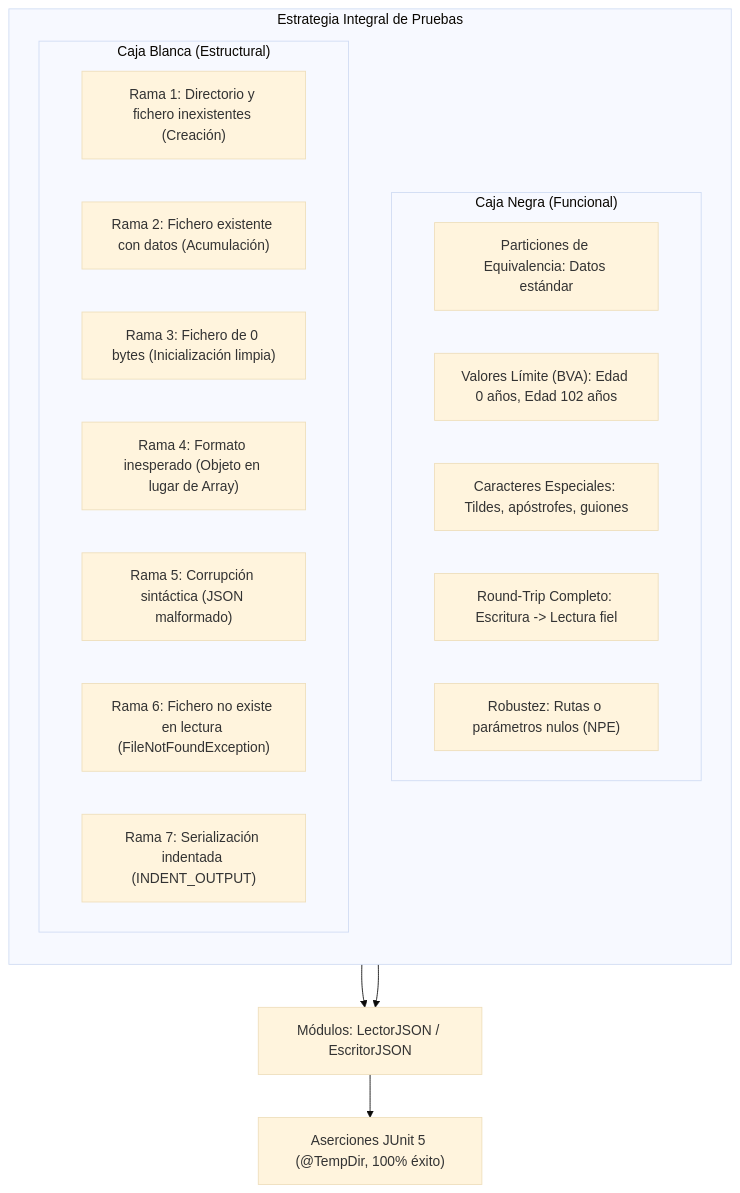
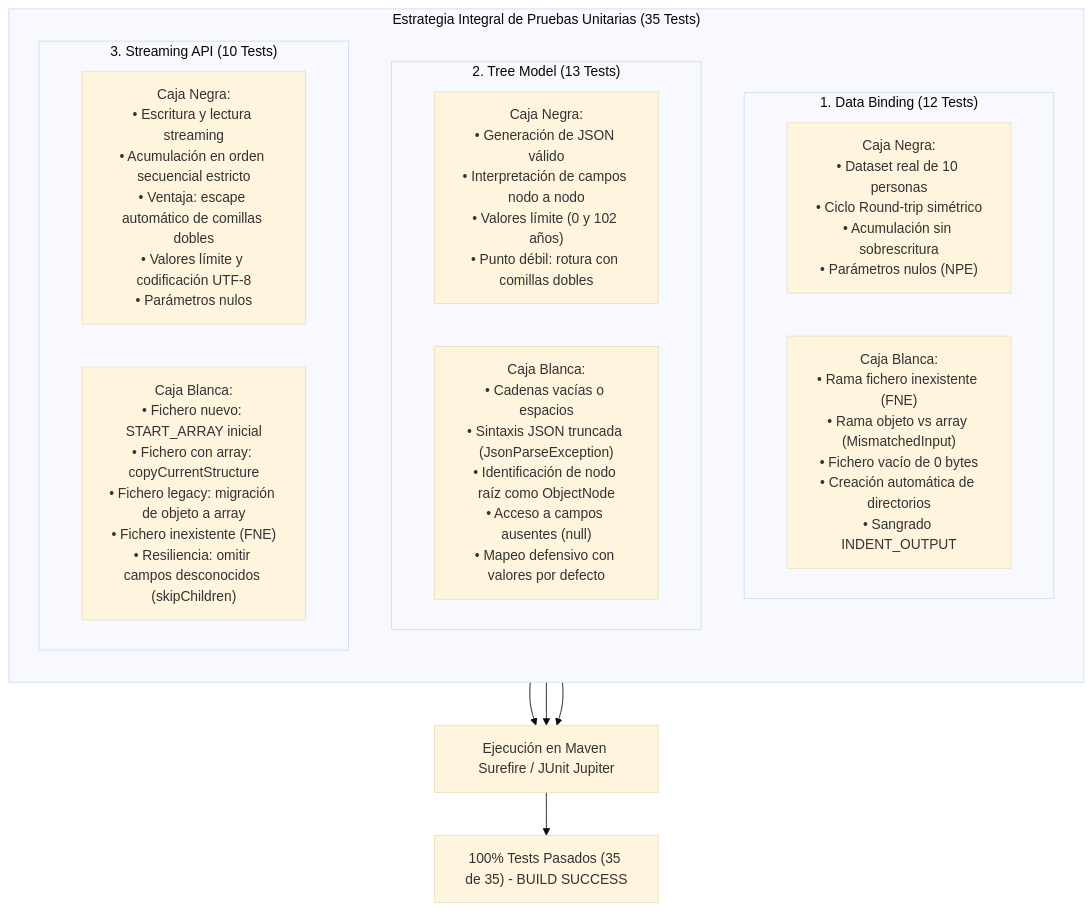
Before and after one commit to EduardoCruzmunioz/JacksonInvestigacion: the diagram in docs/pruebas_unitarias_caja_blanca_caja_negra.md, drawn with Mermaid (base theme). The commit also changed other lines of this file and 5 other files, not shown here.

Commit message:
test: anadir pruebas unitarias de caja blanca y caja negra para jsontiempreal y jacksonstreaming

````diff
--- a/docs/pruebas_unitarias_caja_blanca_caja_negra.md
+++ b/docs/pruebas_unitarias_caja_blanca_caja_negra.md
@@ -30,28 +31,26 @@
 ```mermaid
 flowchart TD
-    subgraph PlanDePruebas["Estrategia Integral de Pruebas"]
+    subgraph PlanGlobal["Estrategia Integral de Pruebas Unitarias (35 Tests)"]
         direction TB
 
-        subgraph CajaNegra["Caja Negra (Funcional)"]
-            CN1["Particiones de Equivalencia: Datos estándar"]
-            CN2["Valores Límite (BVA): Edad 0 años, Edad 102 años"]
-            CN3["Caracteres Especiales: Tildes, apóstrofes, guiones"]
-            CN4["Round-Trip Completo: Escritura -> Lectura fiel"]
-            CN5["Robustez: Rutas o parámetros nulos (NPE)"]
+        subgraph DataBindingTests["1. Data Binding (12 Tests)"]
+            DB_CN["Caja Negra:<br>• Dataset real de 10 personas<br>• Ciclo Round-trip simétrico<br>• Acumulación sin sobrescritura<br>• Parámetros nulos (NPE)"]
+            DB_CB["Caja Blanca:<br>• Rama fichero inexistente (FNE)<br>• Rama objeto vs array (MismatchedInput)<br>• Fichero vacío de 0 bytes<br>• Creación automática de directorios<br>• Sangrado INDENT_OUTPUT"]
         end
 
-        subgraph CajaBlanca["Caja Blanca (Estructural)"]
-            CB1["Rama 1: Directorio y fichero inexistentes (Creación)"]
-            CB2["Rama 2: Fichero existente con datos (Acumulación)"]
-            CB3["Rama 3: Fichero de 0 bytes (Inicialización limpia)"]
-            CB4["Rama 4: Formato inesperado (Objeto en lugar de Array)"]
-            CB5["Rama 5: Corrupción sintáctica (JSON malformado)"]
-            CB6["Rama 6: Fichero no existe en lectura (FileNotFoundException)"]
-            CB7["Rama 7: Serialización indentada (INDENT_OUTPUT)"]
+        subgraph TreeModelTests["2. Tree Model (13 Tests)"]
+            TM_CN["Caja Negra:<br>• Generación de JSON válido<br>• Interpretación de campos nodo a nodo<br>• Valores límite (0 y 102 años)<br>• Punto débil: rotura con comillas dobles"]
+            TM_CB["Caja Blanca:<br>• Cadenas vacías o espacios<br>• Sintaxis JSON truncada (JsonParseException)<br>• Identificación de nodo raíz como ObjectNode<br>• Acceso a campos ausentes (null)<br>• Mapeo defensivo con valores por defecto"]
+        end
+
+        subgraph StreamingTests["3. Streaming API (10 Tests)"]
+            ST_CN["Caja Negra:<br>• Escritura y lectura streaming<br>• Acumulación en orden secuencial estricto<br>• Ventaja: escape automático de comillas dobles<br>• Valores límite y codificación UTF-8<br>• Parámetros nulos"]
+            ST_CB["Caja Blanca:<br>• Fichero nuevo: START_ARRAY inicial<br>• Fichero con array: copyCurrentStructure<br>• Fichero legacy: migración de objeto a array<br>• Fichero inexistente (FNE)<br>• Resiliencia: omitir campos desconocidos (skipChildren)"]
         end
     end
 
-    CajaNegra --> Modulos["Módulos: LectorJSON / EscritorJSON"]
-    CajaBlanca --> Modulos
-    Modulos --> Resultados["Aserciones JUnit 5 (@TempDir, 100% éxito)"]
+    DataBindingTests --> Suite["Ejecución en Maven Surefire / JUnit Jupiter"]
+    TreeModelTests --> Suite
+    StreamingTests --> Suite
+    Suite --> ResultadoFinal["100% Tests Pasados (35 de 35) - BUILD SUCCESS"]
 ```
````
